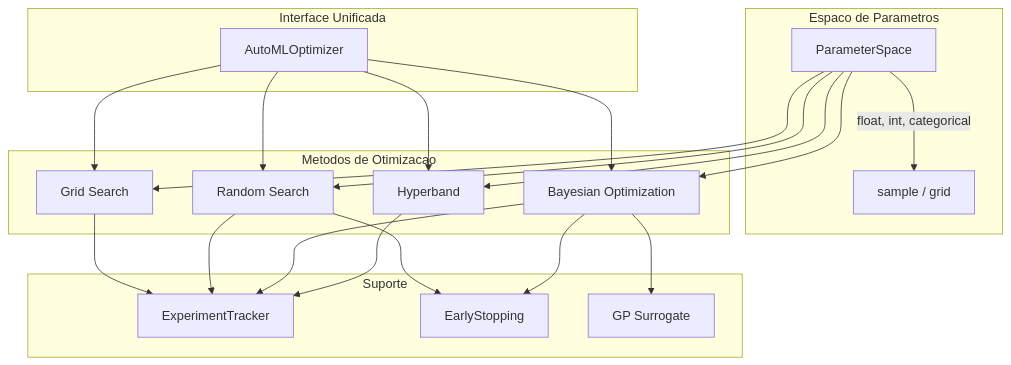
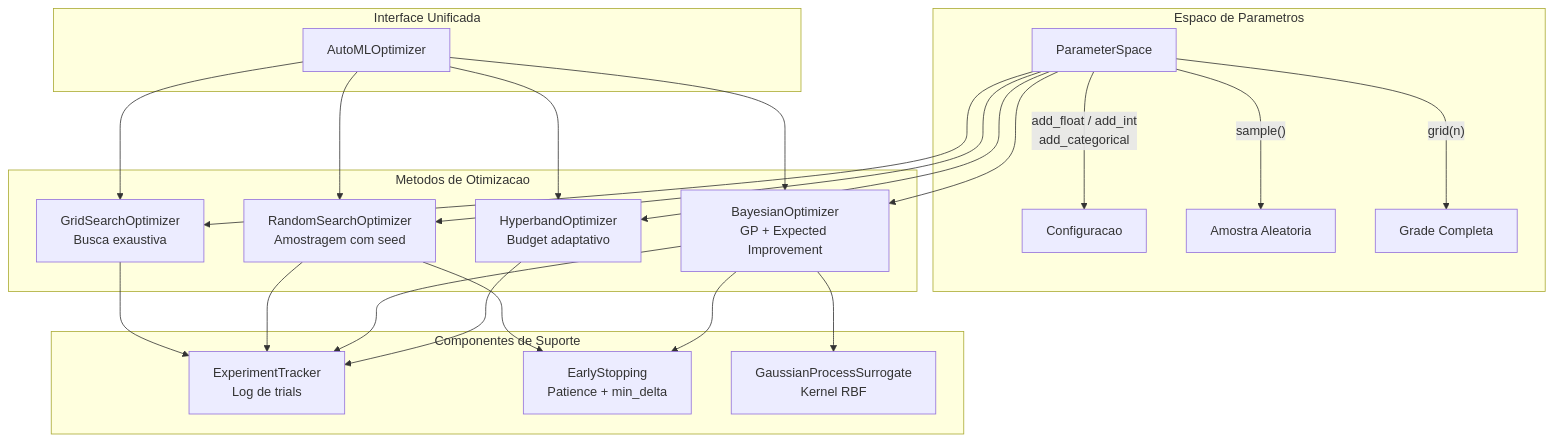
Before and after one commit to galafis/automl-hyperparameter-optimization: the first of 4 diagrams in README.md, drawn with Mermaid. The commit also changed other lines of this file and 2 other files, not shown here.

````diff
--- a/README.md
+++ b/README.md
@@ -15,40 +41,33 @@
 ```mermaid
-graph TB
+graph TD
     subgraph Space["Espaco de Parametros"]
-        PS[ParameterSpace]
-        PS --> |float, int, categorical| SAMPLE[sample / grid]
+        PS["ParameterSpace"]
+        PS --> |"add_float / add_int<br/>add_categorical"| CF["Configuracao"]
+        PS --> |"sample()"| RND["Amostra Aleatoria"]
+        PS --> |"grid(n)"| GRD["Grade Completa"]
     end
 
     subgraph Methods["Metodos de Otimizacao"]
-        GS[Grid Search]
-        RS[Random Search]
-        BO[Bayesian Optimization]
-        HB[Hyperband]
+        GS["GridSearchOptimizer<br/>Busca exaustiva"]
+        RS["RandomSearchOptimizer<br/>Amostragem com seed"]
+        BO["BayesianOptimizer<br/>GP + Expected Improvement"]
+        HB["HyperbandOptimizer<br/>Budget adaptativo"]
     end
 
-    subgraph Support["Suporte"]
-        ET[ExperimentTracker]
-        ES[EarlyStopping]
-        GP[GP Surrogate]
+    subgraph Support["Componentes de Suporte"]
+        ET["ExperimentTracker<br/>Log de trials"]
+        ESt["EarlyStopping<br/>Patience + min_delta"]
+        GP["GaussianProcessSurrogate<br/>Kernel RBF"]
     end
 
-    subgraph Interface["Interface Unificada"]
-        AML[AutoMLOptimizer]
+    subgraph Unified["Interface Unificada"]
+        AML["AutoMLOptimizer"]
     end
 
-    PS --> GS
-    PS --> RS
-    PS --> BO
-    PS --> HB
+    PS --> GS & RS & BO & HB
     BO --> GP
-    RS --> ES
-    BO --> ES
-    GS --> ET
-    RS --> ET
-    BO --> ET
-    HB --> ET
-    AML --> GS
-    AML --> RS
-    AML --> BO
-    AML --> HB
+    RS --> ESt
+    BO --> ESt
+    GS & RS & BO & HB --> ET
+    AML --> GS & RS & BO & HB
 ```
````
